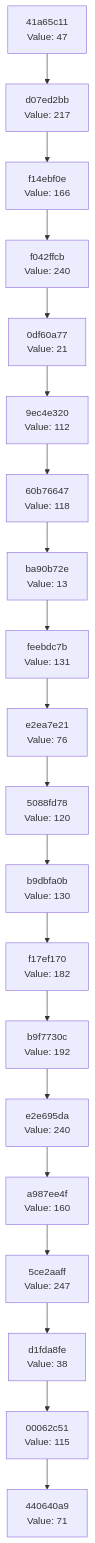
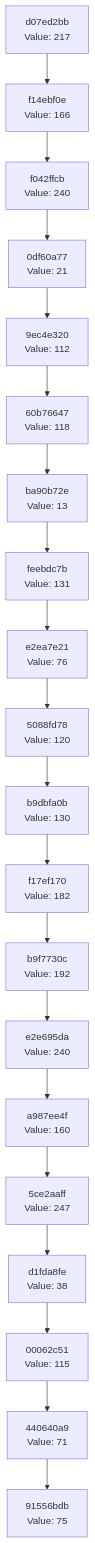
One commit to Abhisheksinha1506/hash-chain-evolver changed the diagram in docs/CHAIN_VISUALIZATION.md. Above: the diagram before and after it, drawn with Mermaid. The commit also changed 2 other files, not shown here.

Commit message:
Evolution Step

````diff
--- a/docs/CHAIN_VISUALIZATION.md
+++ b/docs/CHAIN_VISUALIZATION.md
@@ -3,42 +3,42 @@
 ```mermaid
 graph TD
-    C0["440640a9<br/>Value: 71"]
-    C1["00062c51<br/>Value: 115"]
+    C0["91556bdb<br/>Value: 75"]
+    C1["440640a9<br/>Value: 71"]
     C1 --> C0
-    C2["d1fda8fe<br/>Value: 38"]
+    C2["00062c51<br/>Value: 115"]
     C2 --> C1
-    C3["5ce2aaff<br/>Value: 247"]
+    C3["d1fda8fe<br/>Value: 38"]
     C3 --> C2
-    C4["a987ee4f<br/>Value: 160"]
+    C4["5ce2aaff<br/>Value: 247"]
     C4 --> C3
-    C5["e2e695da<br/>Value: 240"]
+    C5["a987ee4f<br/>Value: 160"]
     C5 --> C4
-    C6["b9f7730c<br/>Value: 192"]
+    C6["e2e695da<br/>Value: 240"]
     C6 --> C5
-    C7["f17ef170<br/>Value: 182"]
+    C7["b9f7730c<br/>Value: 192"]
     C7 --> C6
-    C8["b9dbfa0b<br/>Value: 130"]
+    C8["f17ef170<br/>Value: 182"]
     C8 --> C7
-    C9["5088fd78<br/>Value: 120"]
+    C9["b9dbfa0b<br/>Value: 130"]
     C9 --> C8
-    C10["e2ea7e21<br/>Value: 76"]
+    C10["5088fd78<br/>Value: 120"]
     C10 --> C9
-    C11["feebdc7b<br/>Value: 131"]
+    C11["e2ea7e21<br/>Value: 76"]
     C11 --> C10
-    C12["ba90b72e<br/>Value: 13"]
+    C12["feebdc7b<br/>Value: 131"]
     C12 --> C11
-    C13["60b76647<br/>Value: 118"]
+    C13["ba90b72e<br/>Value: 13"]
     C13 --> C12
-    C14["9ec4e320<br/>Value: 112"]
+    C14["60b76647<br/>Value: 118"]
     C14 --> C13
-    C15["0df60a77<br/>Value: 21"]
+    C15["9ec4e320<br/>Value: 112"]
     C15 --> C14
-    C16["f042ffcb<br/>Value: 240"]
+    C16["0df60a77<br/>Value: 21"]
     C16 --> C15
-    C17["f14ebf0e<br/>Value: 166"]
+    C17["f042ffcb<br/>Value: 240"]
     C17 --> C16
-    C18["d07ed2bb<br/>Value: 217"]
+    C18["f14ebf0e<br/>Value: 166"]
     C18 --> C17
-    C19["41a65c11<br/>Value: 47"]
+    C19["d07ed2bb<br/>Value: 217"]
     C19 --> C18
 ```
````
